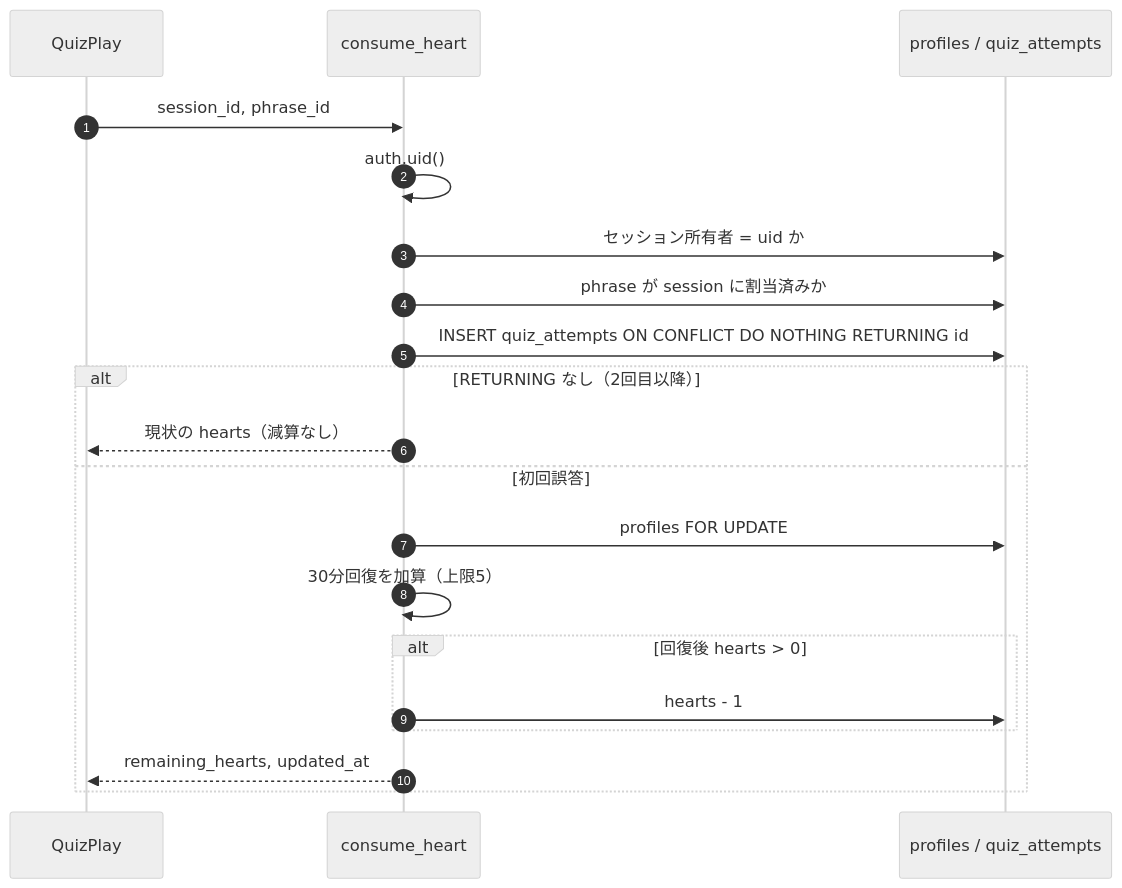
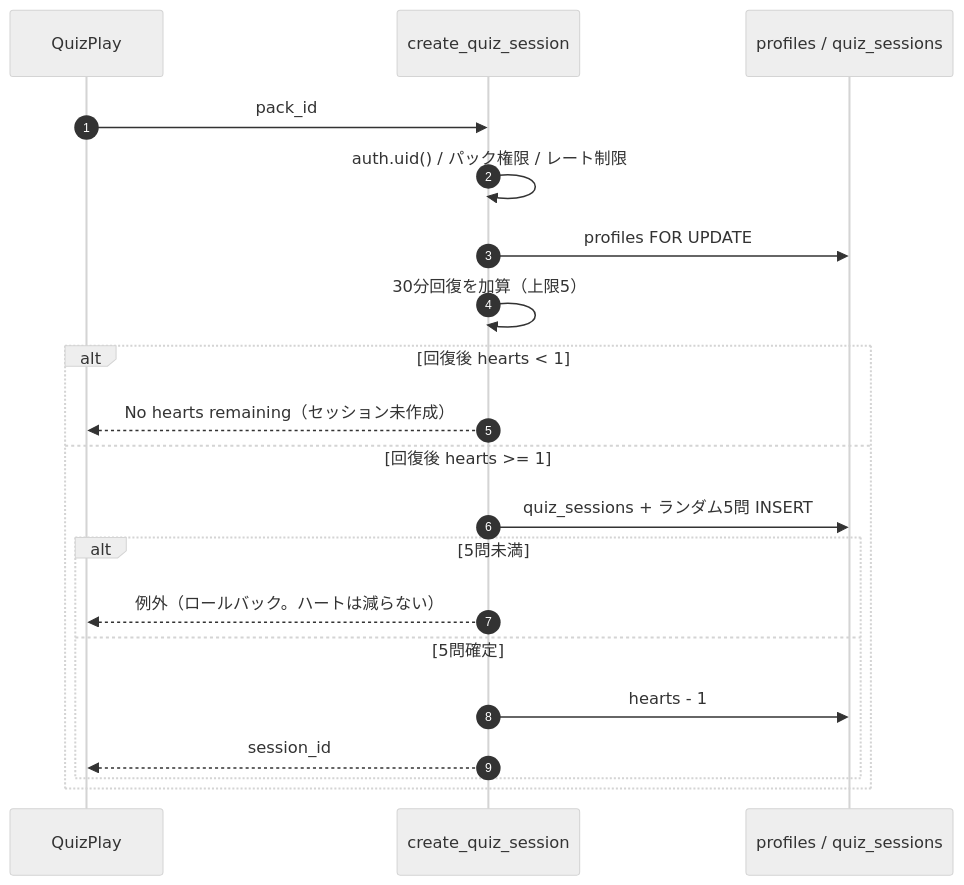
Before and after one commit to atosantasan/japanki: the fifth of 8 diagrams in docs/design/3_sequence_and_flow.md, drawn with Mermaid (neutral theme). The commit also changed other lines of this file and 26 other files, not shown here.

````diff
--- a/docs/design/3_sequence_and_flow.md
+++ b/docs/design/3_sequence_and_flow.md
@@ -185,23 +189,23 @@
 ```mermaid
 sequenceDiagram
     autonumber
     participant UI as QuizPlay
-    participant RPC as consume_heart
-    participant DB as profiles / quiz_attempts
+    participant RPC as create_quiz_session
+    participant DB as profiles / quiz_sessions
 
-    UI->>RPC: session_id, phrase_id
-    RPC->>RPC: auth.uid()
-    RPC->>DB: セッション所有者 = uid か
-    RPC->>DB: phrase が session に割当済みか
-    RPC->>DB: INSERT quiz_attempts ON CONFLICT DO NOTHING RETURNING id
-    alt RETURNING なし（2回目以降）
-        RPC-->>UI: 現状の hearts（減算なし）
-    else 初回誤答
-        RPC->>DB: profiles FOR UPDATE
-        RPC->>RPC: 30分回復を加算（上限5）
-        alt 回復後 hearts > 0
+    UI->>RPC: pack_id
+    RPC->>RPC: auth.uid() / パック権限 / レート制限
+    RPC->>DB: profiles FOR UPDATE
+    RPC->>RPC: 30分回復を加算（上限5）
+    alt 回復後 hearts < 1
+        RPC-->>UI: No hearts remaining（セッション未作成）
+    else 回復後 hearts >= 1
+        RPC->>DB: quiz_sessions + ランダム5問 INSERT
+        alt 5問未満
+            RPC-->>UI: 例外（ロールバック。ハートは減らない）
+        else 5問確定
             RPC->>DB: hearts - 1
+            RPC-->>UI: session_id
         end
-        RPC-->>UI: remaining_hearts, updated_at
     end
 ```
````
